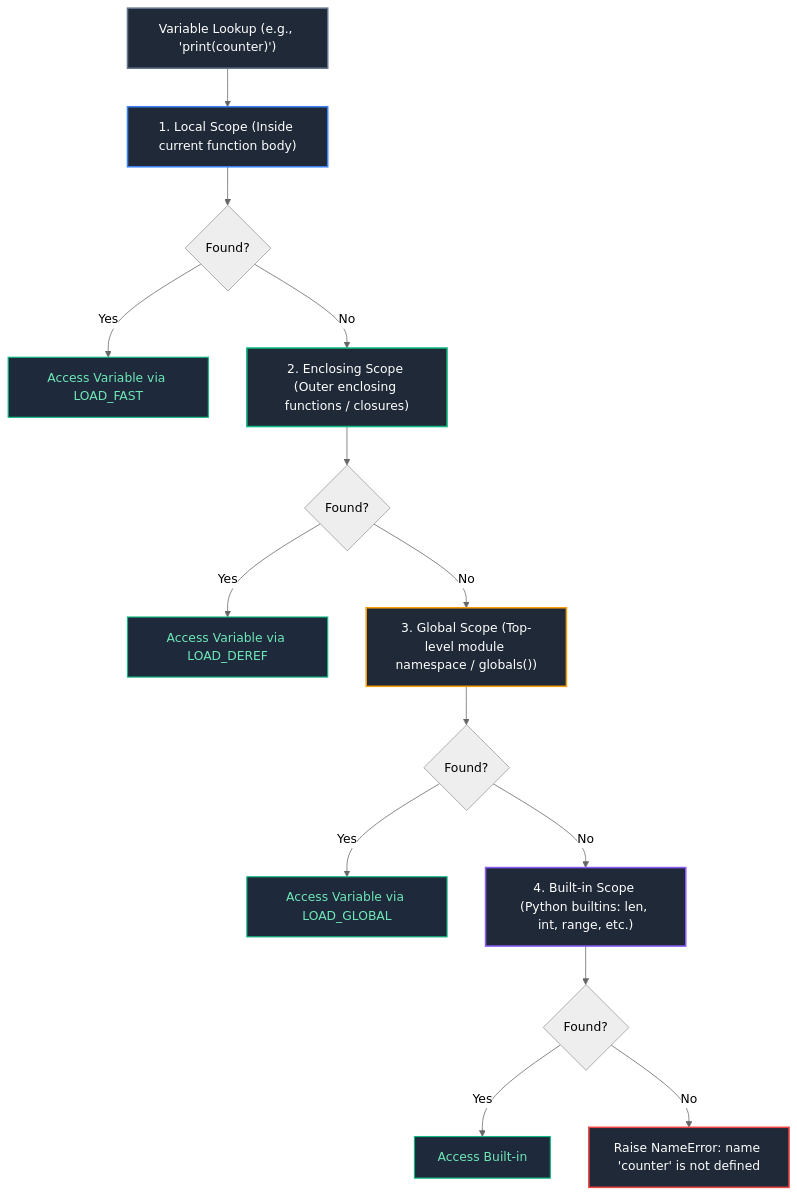
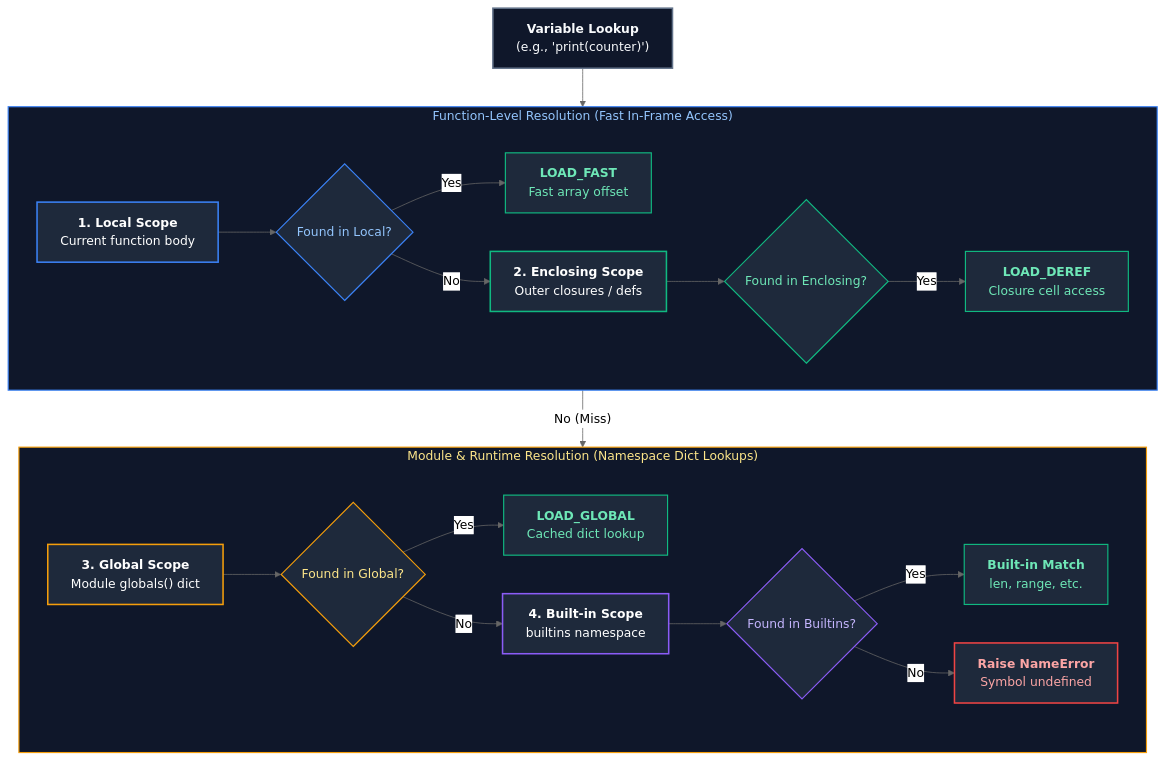
Before and after one commit to joydeep-biswas/Interview-Preparation: the fifth of 10 diagrams in Python Backend Engineering/01_core_python_and_oop.md, drawn with Mermaid (neutral theme). The commit also changed other lines of this file and 178 other files, not shown here.

````diff
--- a/Python Backend Engineering/01_core_python_and_oop.md
+++ b/Python Backend Engineering/01_core_python_and_oop.md
@@ -395,32 +457,43 @@
 ```mermaid
 flowchart TD
-    VarLookup["Variable Lookup (e.g., 'print(counter)')"]
-    --> L_Scope["1. Local Scope (Inside current function body)"]
+    VarLookup["<b>Variable Lookup</b><br/>(e.g., 'print(counter)')"]
 
-    L_Scope --> Found1{"Found?"}
-    Found1 -- Yes --> Resolved["Access Variable via LOAD_FAST"]
-    Found1 -- No --> E_Scope["2. Enclosing Scope (Outer enclosing functions / closures)"]
+    subgraph FunctionScopeTier ["Function-Level Resolution (Fast In-Frame Access)"]
+        direction LR
+        L_Scope["<b>1. Local Scope</b><br/>Current function body"] --> Found1{"Found in Local?"}
+        Found1 -- "Yes" --> Resolved["<b>LOAD_FAST</b><br/>Fast array offset"]
+        Found1 -- "No" --> E_Scope["<b>2. Enclosing Scope</b><br/>Outer closures / defs"]
+        E_Scope --> Found2{"Found in Enclosing?"}
+        Found2 -- "Yes" --> ResolvedDeref["<b>LOAD_DEREF</b><br/>Closure cell access"]
+    end
 
-    E_Scope --> Found2{"Found?"}
-    Found2 -- Yes --> ResolvedDeref["Access Variable via LOAD_DEREF"]
-    Found2 -- No --> G_Scope["3. Global Scope (Top-level module namespace / globals())"]
+    subgraph GlobalScopeTier ["Module & Runtime Resolution (Namespace Dict Lookups)"]
+        direction LR
+        G_Scope["<b>3. Global Scope</b><br/>Module globals() dict"] --> Found3{"Found in Global?"}
+        Found3 -- "Yes" --> ResolvedGlobal["<b>LOAD_GLOBAL</b><br/>Cached dict lookup"]
+        Found3 -- "No" --> B_Scope["<b>4. Built-in Scope</b><br/>builtins namespace"]
+        B_Scope --> Found4{"Found in Builtins?"}
+        Found4 -- "Yes" --> ResolvedBuiltin["<b>Built-in Match</b><br/>len, range, etc."]
+        Found4 -- "No" --> Error["<b>Raise NameError</b><br/>Symbol undefined"]
+    end
 
-    G_Scope --> Found3{"Found?"}
-    Found3 -- Yes --> ResolvedGlobal["Access Variable via LOAD_GLOBAL"]
-    Found3 -- No --> B_Scope["4. Built-in Scope (Python builtins: len, int, range, etc.)"]
+    VarLookup --> FunctionScopeTier
+    Found2 -- "No (Miss)" --> GlobalScopeTier
 
-    B_Scope --> Found4{"Found?"}
-    Found4 -- Yes --> ResolvedBuiltin["Access Built-in"]
-    Found4 -- No --> Error["Raise NameError: name 'counter' is not defined"]
-
-    style VarLookup fill:#1f2937,stroke:#64748b,stroke-width:2px,color:#fff
-    style L_Scope fill:#1f2937,stroke:#3b82f6,stroke-width:2px,color:#fff
-    style E_Scope fill:#1f2937,stroke:#10b981,stroke-width:2px,color:#fff
-    style G_Scope fill:#1f2937,stroke:#f59e0b,stroke-width:2px,color:#fff
-    style B_Scope fill:#1f2937,stroke:#8b5cf6,stroke-width:2px,color:#fff
-    style Error fill:#1f2937,stroke:#ef4444,stroke-width:2px,color:#fff
+    style VarLookup fill:#0f172a,stroke:#64748b,stroke-width:2px,color:#f8fafc
+    style FunctionScopeTier fill:#0f172a,stroke:#3b82f6,stroke-width:1.5px,color:#93c5fd
+    style GlobalScopeTier fill:#0f172a,stroke:#f59e0b,stroke-width:1.5px,color:#fde68a
+    style L_Scope fill:#1e293b,stroke:#3b82f6,stroke-width:2px,color:#fff
+    style Found1 fill:#1e293b,stroke:#3b82f6,stroke-width:1.5px,color:#93c5fd
     style Resolved fill:#1e293b,stroke:#10b981,stroke-width:1.5px,color:#6ee7b7
+    style E_Scope fill:#1e293b,stroke:#10b981,stroke-width:2px,color:#fff
+    style Found2 fill:#1e293b,stroke:#10b981,stroke-width:1.5px,color:#6ee7b7
     style ResolvedDeref fill:#1e293b,stroke:#10b981,stroke-width:1.5px,color:#6ee7b7
+    style G_Scope fill:#1e293b,stroke:#f59e0b,stroke-width:2px,color:#fff
+    style Found3 fill:#1e293b,stroke:#f59e0b,stroke-width:1.5px,color:#fde68a
     style ResolvedGlobal fill:#1e293b,stroke:#10b981,stroke-width:1.5px,color:#6ee7b7
+    style B_Scope fill:#1e293b,stroke:#8b5cf6,stroke-width:2px,color:#fff
+    style Found4 fill:#1e293b,stroke:#8b5cf6,stroke-width:1.5px,color:#c4b5fd
     style ResolvedBuiltin fill:#1e293b,stroke:#10b981,stroke-width:1.5px,color:#6ee7b7
+    style Error fill:#1e293b,stroke:#ef4444,stroke-width:2px,color:#fca5a5
 ```
````
